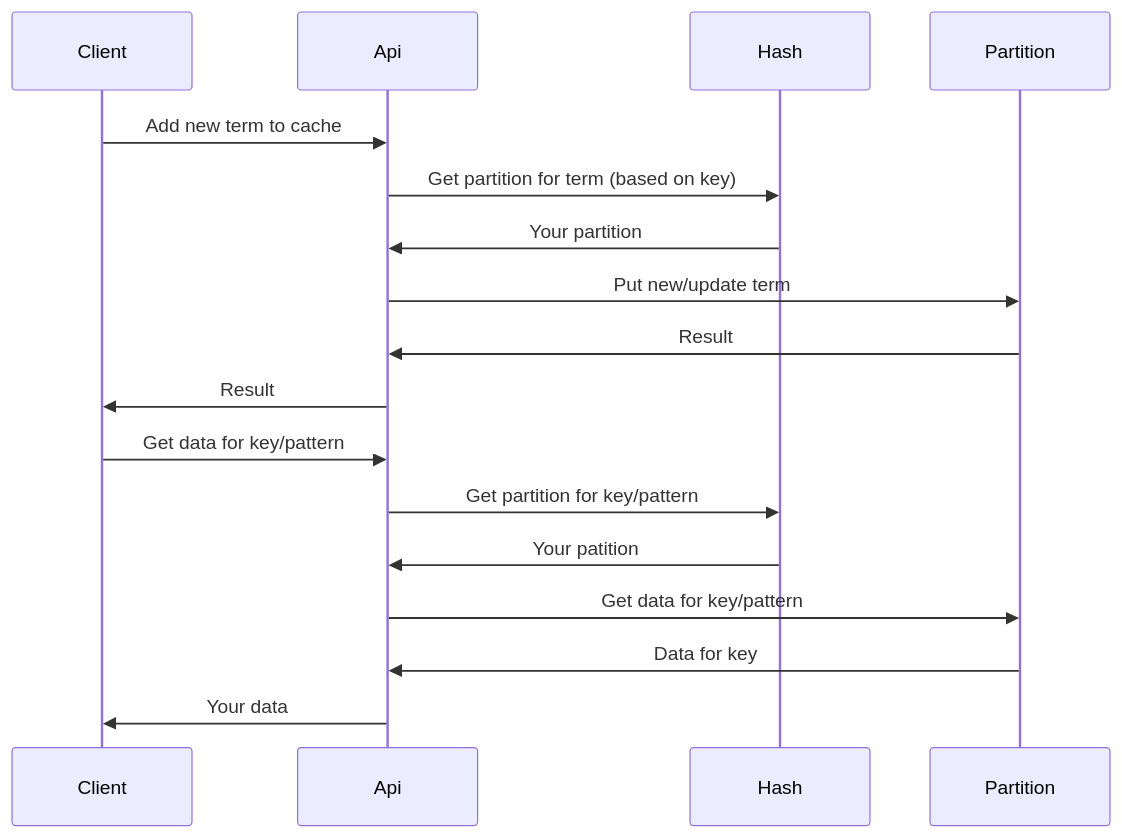
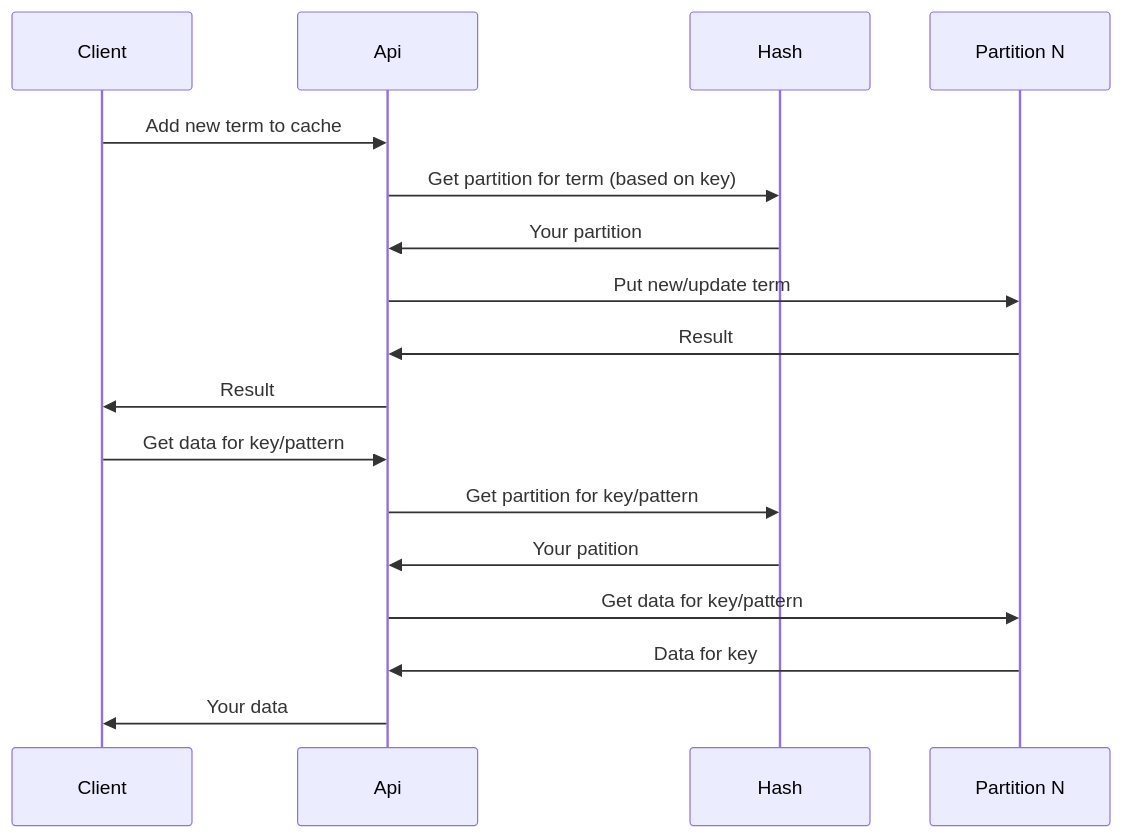
Before and after one commit to ohhi-vn/super_cache: the first of 2 diagrams in README.md, drawn with Mermaid. The commit also changed other lines of this file and 6 other files, not shown here.

````diff
--- a/README.md
+++ b/README.md
@@ -11,21 +11,21 @@
 ```mermaid
 sequenceDiagram
   participant Client
   participant Api
   participant Hash
-  participant Partition
+  participant Partition N
 
   Client->>Api: Add new term to cache
   Api->>Hash: Get partition for term (based on key)
   Hash->>Api: Your partition
-  Api->>Partition: Put new/update term
-  Partition->>Api: Result
+  Api->>Partition N: Put new/update term
+  Partition N->>Api: Result
   Api->>Client: Result
   
   Client->>Api: Get data for key/pattern
   Api->>Hash: Get partition for key/pattern
   Hash->>Api: Your patition
-  Api->>Partition: Get data for key/pattern
-  Partition->>Api: Data for key
+  Api->>Partition N: Get data for key/pattern
+  Partition N->>Api: Data for key
   Api->>Client: Your data
 ```
````
